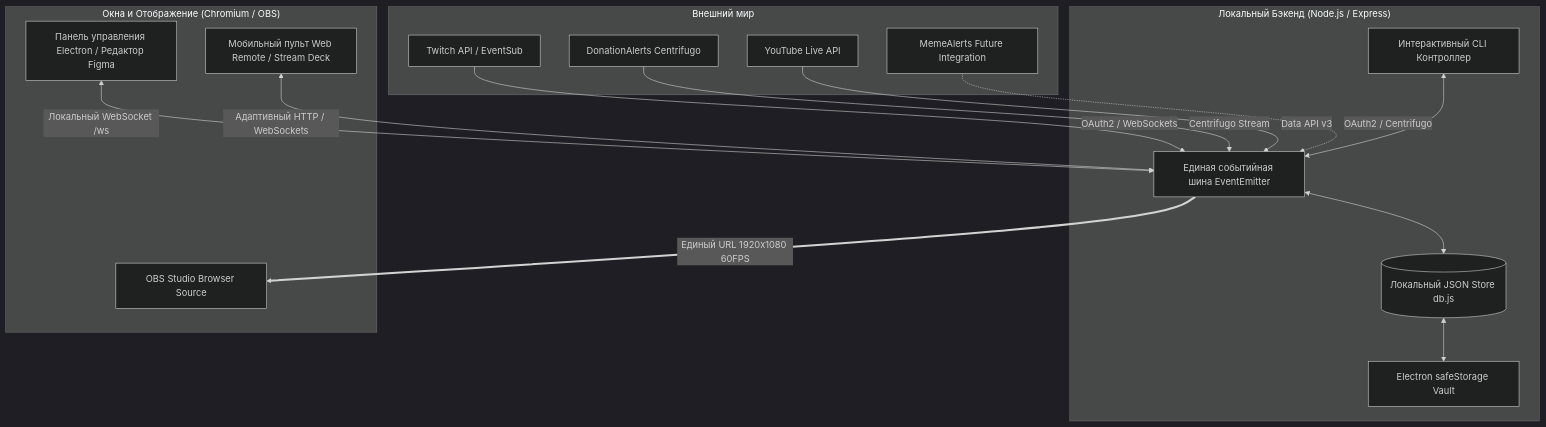
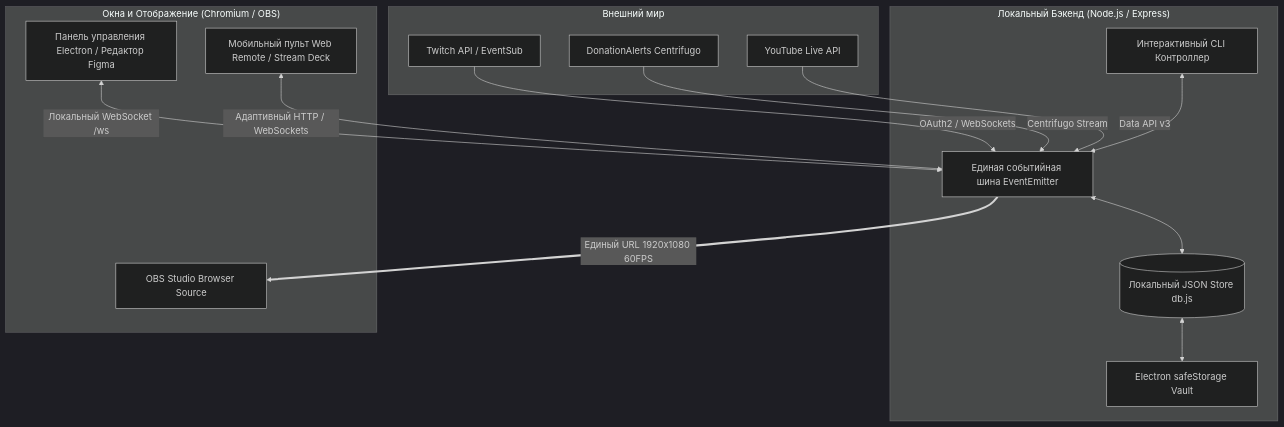
One commit to Halantar-git/open-stream-environment changed the diagram in README.md. Above: the diagram before and after it, drawn with Mermaid (dark theme). The commit also changed other lines of this file and 70 other files, not shown here.

````diff
--- a/README.md
+++ b/README.md
@@ -248,38 +270,36 @@
 ```mermaid
 graph TD
     subgraph "Внешний мир"
         Twitch[Twitch API / EventSub]
         DA[DonationAlerts Centrifugo]
         YT[YouTube Live API]
-        MA[MemeAlerts Future Integration]
     end
 
     subgraph "Локальный Бэкенд (Node.js / Express)"
         Bus[Единая событийная шина EventEmitter]
         DB[(Локальный JSON Store db.js)]
         Crypt[Electron safeStorage Vault]
         CLI[Интерактивный CLI Контроллер]
     end
 
     subgraph "Окна и Отображение (Chromium / OBS)"
         Admin[Панель управления Electron / Редактор Figma]
         Remote[Мобильный пульт Web Remote / Stream Deck]
         OBS[OBS Studio Browser Source]
     end
 
     %% Связи внешних сервисов
     Twitch -->|OAuth2 / WebSockets| Bus
     DA -->|Centrifugo Stream| Bus
     YT -->|Data API v3| Bus
-    MA -.->|OAuth2 / Centrifugo| Bus
 
     %% Связи бэкенда
     Bus <--> DB
     DB <--> Crypt
     CLI <--> Bus
 
     %% Связи отображения
     Admin <-->|Локальный WebSocket /ws| Bus
     Remote <-->|Адаптивный HTTP / WebSockets| Bus
     Bus ==>|Единый URL 1920x1080 60FPS| OBS
 ```
````
